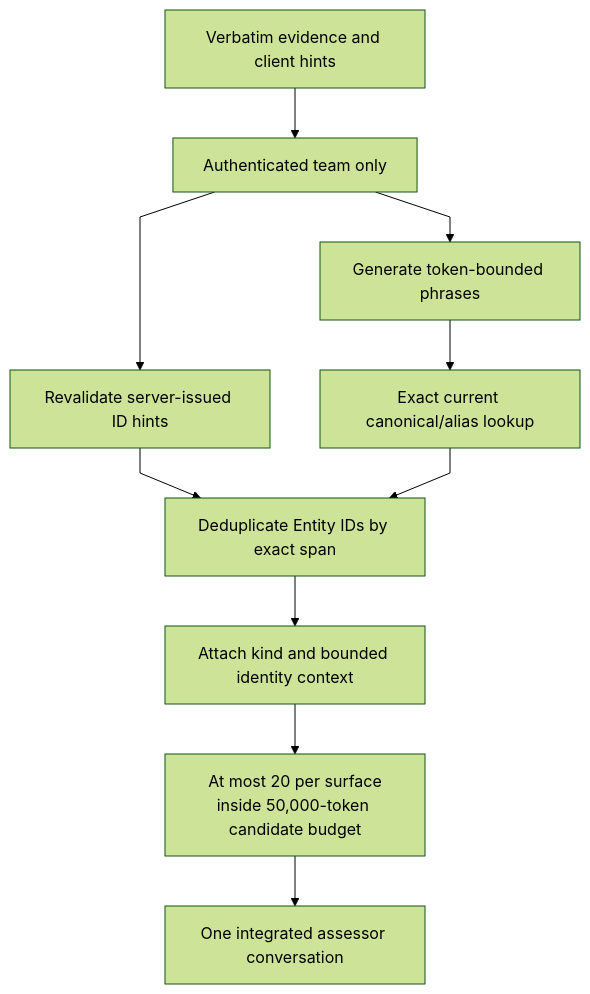
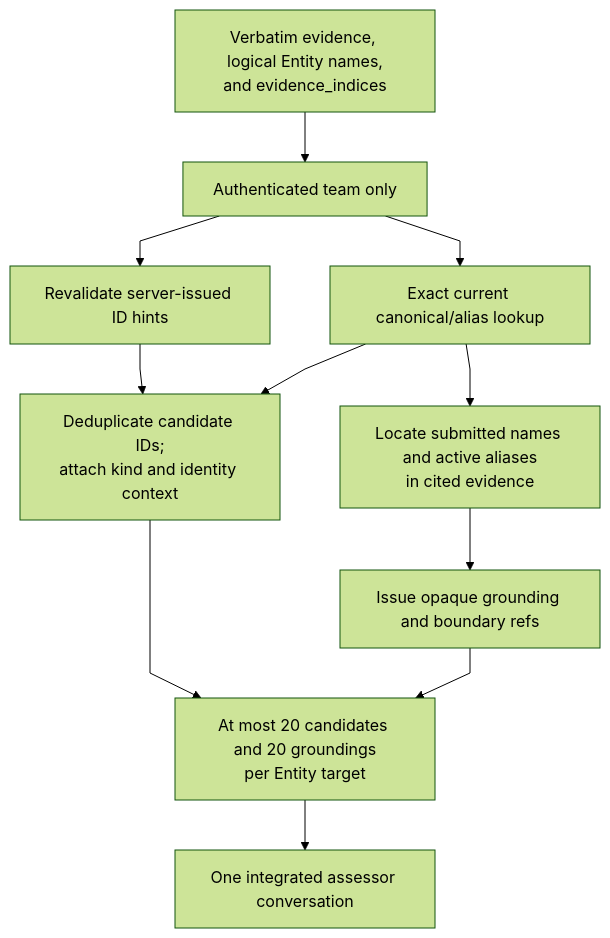
Before and after one commit to markhuangai/dense-mem: the fifth of 7 diagrams in Entity-Identity-And-Resolution.md, drawn with Mermaid (forest theme). The commit also changed other lines of this file and 24 other files, not shown here.

````diff
--- a/Entity-Identity-And-Resolution.md
+++ b/Entity-Identity-And-Resolution.md
@@ -233,13 +235,14 @@
 ```mermaid
 %%{init: {"flowchart": {"curve": "linear"}}}%%
 flowchart TD
-  Evidence["Verbatim evidence and client hints"] --> Scope["Authenticated team only"]
+  Evidence["Verbatim evidence, logical Entity names,<br/>and evidence_indices"] --> Scope["Authenticated team only"]
   Scope --> Hint["Revalidate server-issued ID hints"]
-  Scope --> Phrases["Generate token-bounded phrases"]
-  Phrases --> Name["Exact current canonical/alias lookup"]
-  Hint --> Union["Deduplicate Entity IDs by exact span"]
-  Name --> Union
-  Union --> Context["Attach kind and bounded identity context"]
-  Context --> Limit["At most 20 per surface<br/>inside 50,000-token candidate budget"]
+  Scope --> Name["Exact current canonical/alias lookup"]
+  Name --> Ground["Locate submitted names and active aliases<br/>in cited evidence"]
+  Hint --> Context["Deduplicate candidate IDs;<br/>attach kind and identity context"]
+  Name --> Context
+  Ground --> Refs["Issue opaque grounding and boundary refs"]
+  Context --> Limit["At most 20 candidates and 20 groundings<br/>per Entity target"]
+  Refs --> Limit
   Limit --> Assess["One integrated assessor conversation"]
 ```
````
